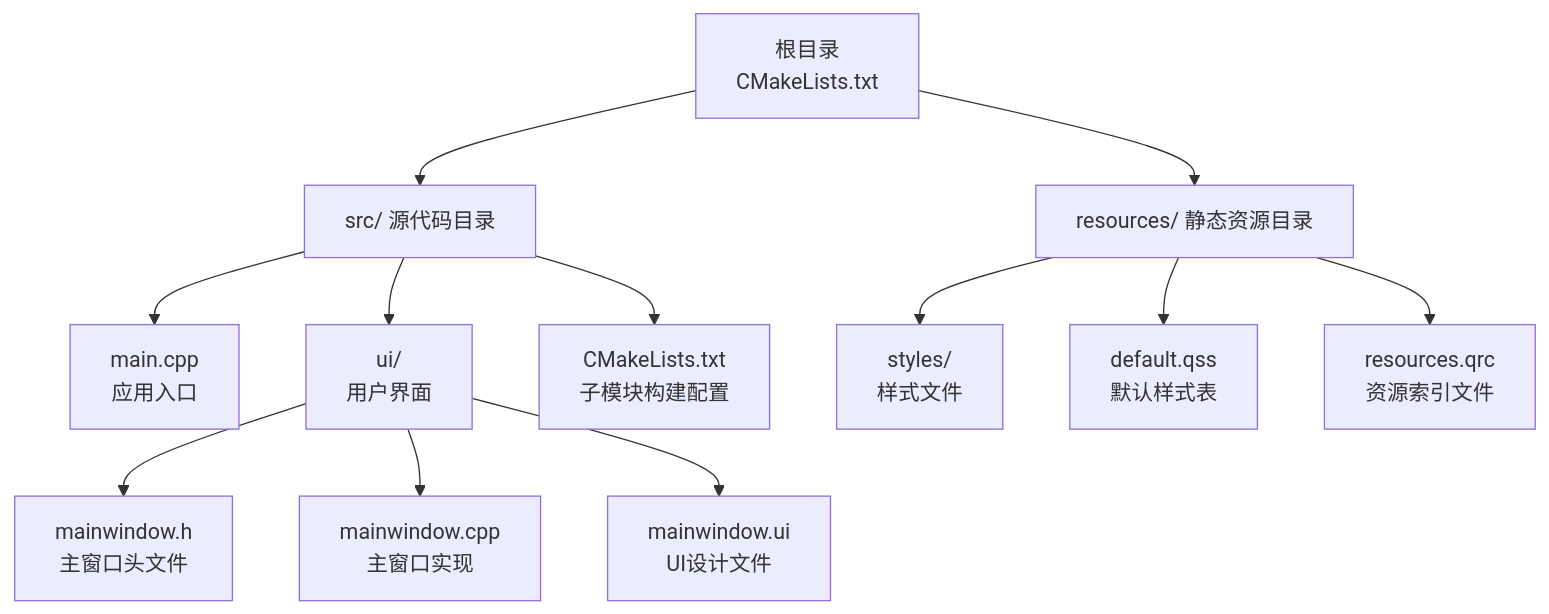
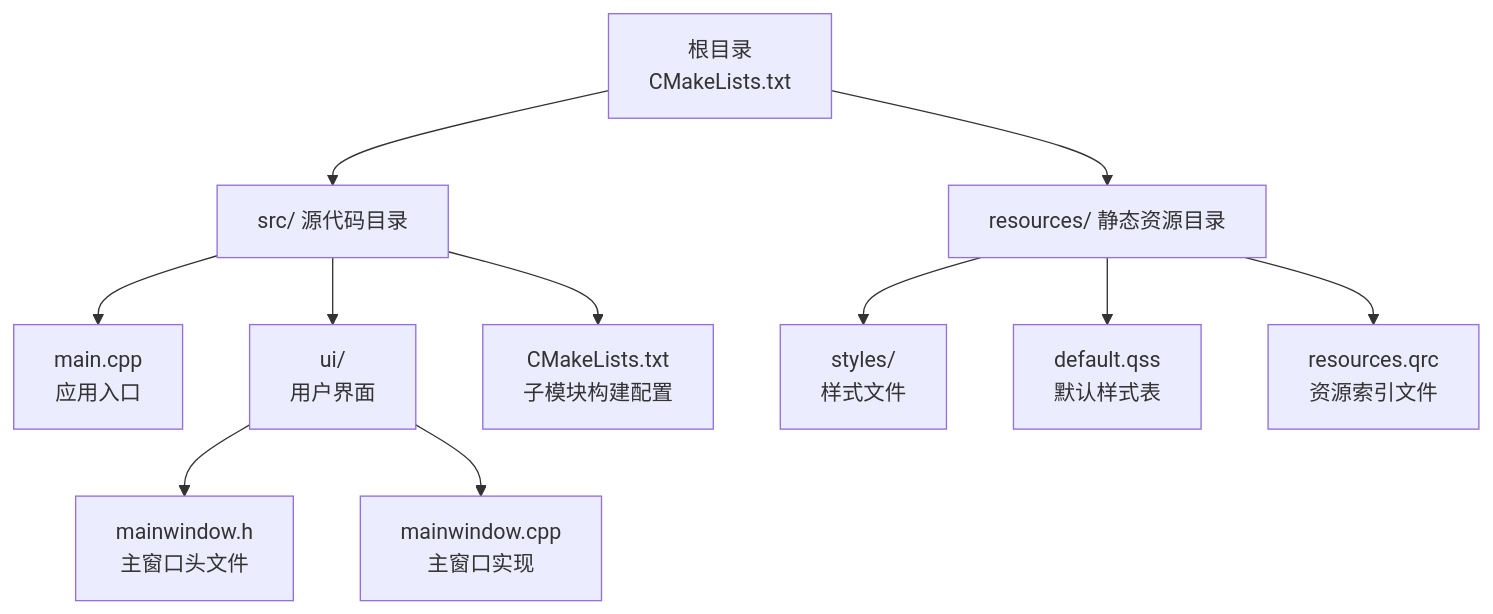
One commit to jakecai1225-design/OpenBus changed the first of 4 diagrams in .qoder/repowiki/zh/content/项目概述/项目概述.md. Above: the diagram before and after it, drawn with Mermaid. The commit also changed other lines of this file and 223 other files, not shown here.

````diff
--- a/.qoder/repowiki/zh/content/项目概述/项目概述.md
+++ b/.qoder/repowiki/zh/content/项目概述/项目概述.md
@@ -43,14 +46,13 @@
 ```mermaid
 graph TB
 A["根目录<br/>CMakeLists.txt"] --> B["src/ 源代码目录"]
 A --> C["resources/ 静态资源目录"]
 B --> D["main.cpp<br/>应用入口"]
 B --> E["ui/<br/>用户界面"]
 B --> F["CMakeLists.txt<br/>子模块构建配置"]
 E --> G["mainwindow.h<br/>主窗口头文件"]
 E --> H["mainwindow.cpp<br/>主窗口实现"]
-E --> I["mainwindow.ui<br/>UI设计文件"]
-C --> J["styles/<br/>样式文件"]
-C --> K["default.qss<br/>默认样式表"]
-C --> L["resources.qrc<br/>资源索引文件"]
+C --> I["styles/<br/>样式文件"]
+C --> J["default.qss<br/>默认样式表"]
+C --> K["resources.qrc<br/>资源索引文件"]
 ```
````
